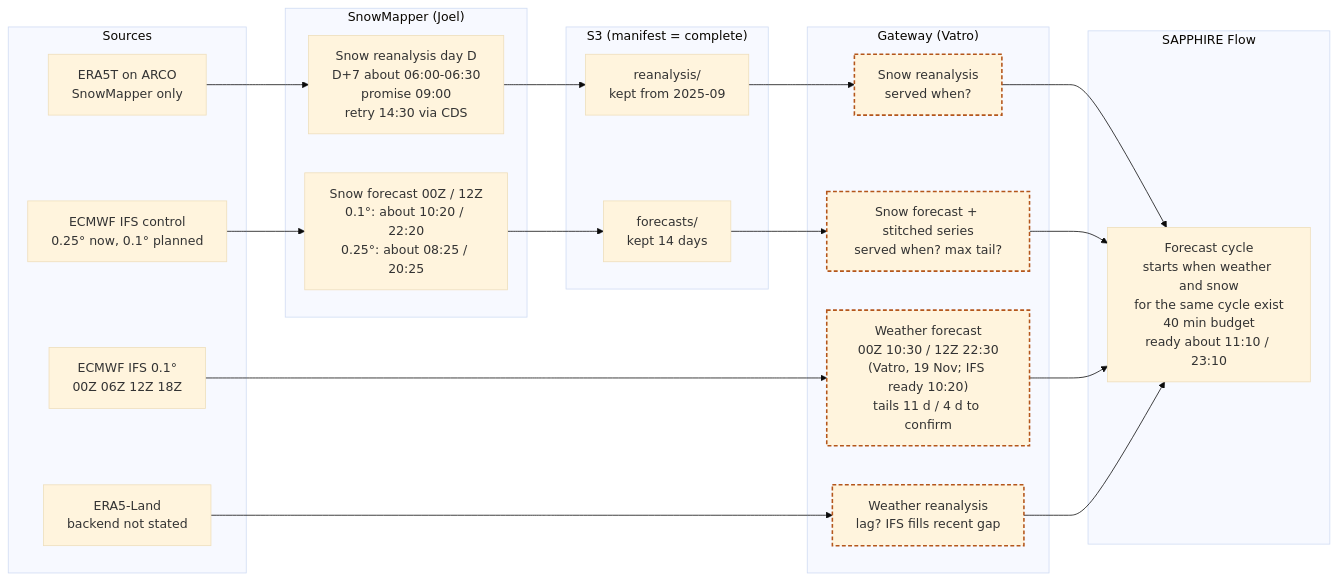
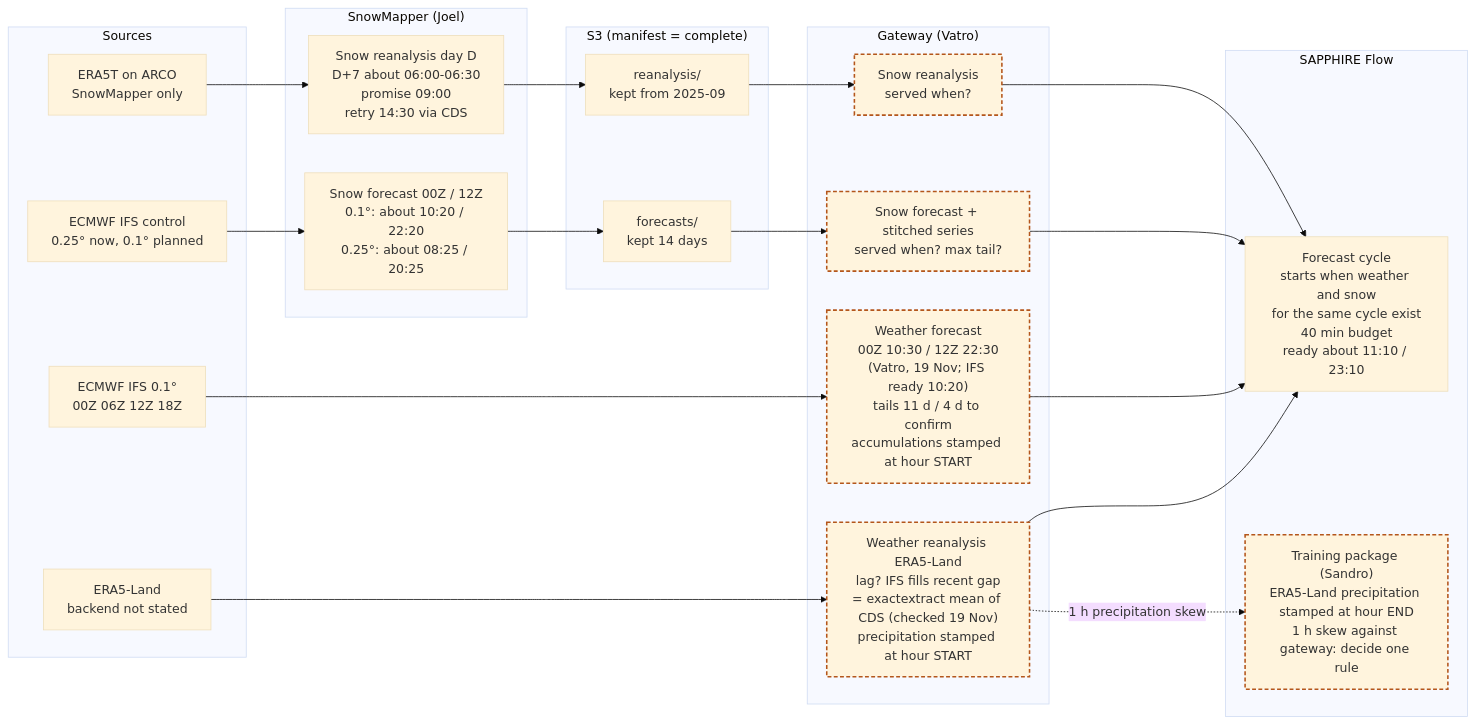
The diagram in docs/requirements/05-snowmapper-gateway-contract.md (hydrosolutions/SAPPHIRE_flow), drawn with Mermaid (base theme) before and after one commit. The commit also changed other lines of this file, not shown here.

Commit message:
docs(05): flow chart shows timestamp conventions and training-package skew

````diff
--- a/docs/requirements/05-snowmapper-gateway-contract.md
+++ b/docs/requirements/05-snowmapper-gateway-contract.md
@@ -103,32 +103,34 @@
 ```mermaid
 flowchart LR
   subgraph SRC["Sources"]
     ARCO["ERA5T on ARCO<br/>SnowMapper only"]
     IFS25["ECMWF IFS control<br/>0.25° now, 0.1° planned"]
     IFS["ECMWF IFS 0.1°<br/>00Z 06Z 12Z 18Z"]
     E5L["ERA5-Land<br/>backend not stated"]
   end
   subgraph SM["SnowMapper (Joel)"]
     SMR["Snow reanalysis day D<br/>D+7 about 06:00-06:30<br/>promise 09:00<br/>retry 14:30 via CDS"]
     SMF["Snow forecast 00Z / 12Z<br/>0.1°: about 10:20 / 22:20<br/>0.25°: about 08:25 / 20:25"]
   end
   subgraph S3["S3 (manifest = complete)"]
     S3R["reanalysis/<br/>kept from 2025-09"]
     S3F["forecasts/<br/>kept 14 days"]
   end
   subgraph GW["Gateway (Vatro)"]
     GSR["Snow reanalysis<br/>served when?"]
     GSF["Snow forecast + stitched series<br/>served when? max tail?"]
-    GWF["Weather forecast<br/>00Z 10:30 / 12Z 22:30<br/>(Vatro, 19 Nov; IFS ready 10:20)<br/>tails 11 d / 4 d to confirm"]
-    GWR["Weather reanalysis<br/>lag? IFS fills recent gap"]
+    GWF["Weather forecast<br/>00Z 10:30 / 12Z 22:30<br/>(Vatro, 19 Nov; IFS ready 10:20)<br/>tails 11 d / 4 d to confirm<br/>accumulations stamped at hour START"]
+    GWR["Weather reanalysis ERA5-Land<br/>lag? IFS fills recent gap<br/>= exactextract mean of CDS (checked 19 Nov)<br/>precipitation stamped at hour START"]
   end
   subgraph SAP["SAPPHIRE Flow"]
+    TR["Training package (Sandro)<br/>ERA5-Land precipitation stamped at hour END<br/>1 h skew against gateway: decide one rule"]
     FC["Forecast cycle<br/>starts when weather and snow<br/>for the same cycle exist<br/>40 min budget<br/>ready about 11:10 / 23:10"]
   end
   ARCO --> SMR --> S3R --> GSR --> FC
   IFS25 --> SMF --> S3F --> GSF --> FC
   IFS --> GWF --> FC
   E5L --> GWR --> FC
+  GWR -.->|"1 h precipitation skew"| TR
   classDef open stroke:#b4561b,stroke-width:2px,stroke-dasharray:5 3
-  class GSR,GSF,GWF,GWR open
+  class GSR,GSF,GWF,GWR,TR open
 ```
````
